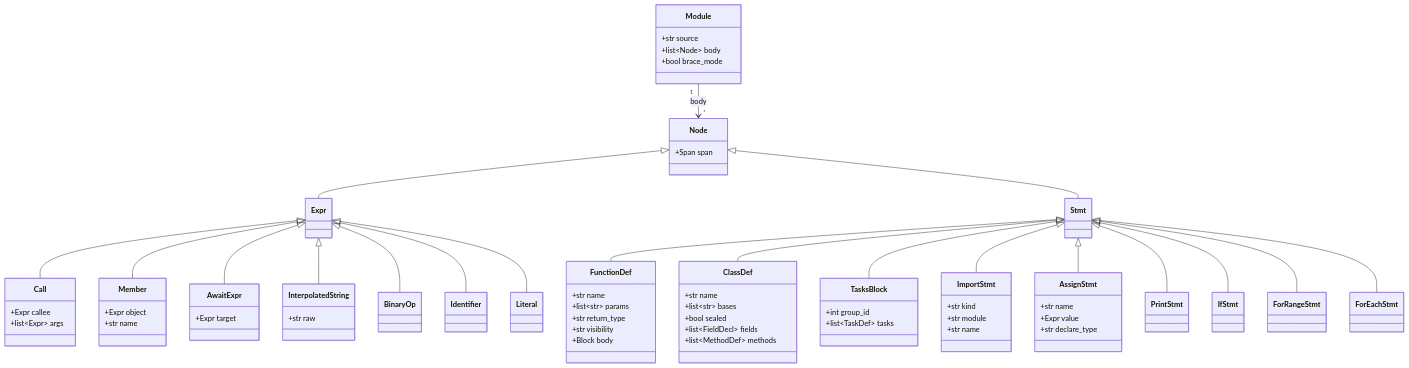
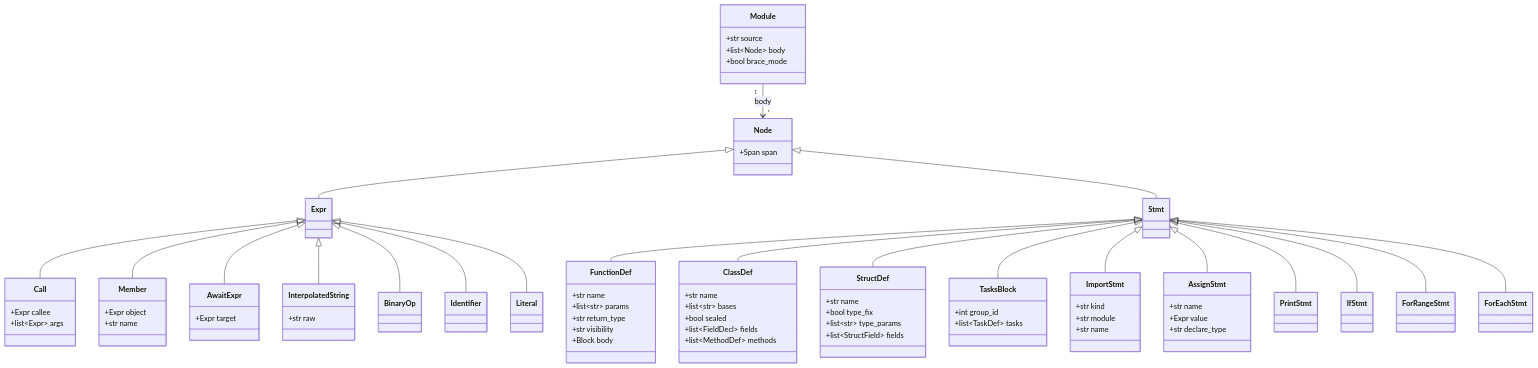
Before and after one commit to remideboer/pys: the fifth of 7 diagrams in docs/ARCHITECTURE.md, drawn with Mermaid. The commit also changed 25 other files, not shown here.

```diff
--- a/docs/ARCHITECTURE.md
+++ b/docs/ARCHITECTURE.md
@@ -194,6 +194,12 @@
     +list~FieldDecl~ fields
     +list~MethodDef~ methods
   }
+  class StructDef {
+    +str name
+    +bool type_fix
+    +list~str~ type_params
+    +list~StructField~ fields
+  }
   class TasksBlock {
     +int group_id
     +list~TaskDef~ tasks
@@ -211,6 +217,7 @@
 
   Stmt <|-- FunctionDef
   Stmt <|-- ClassDef
+  Stmt <|-- StructDef
   Stmt <|-- TasksBlock
   Stmt <|-- ImportStmt
   Stmt <|-- AssignStmt
```
